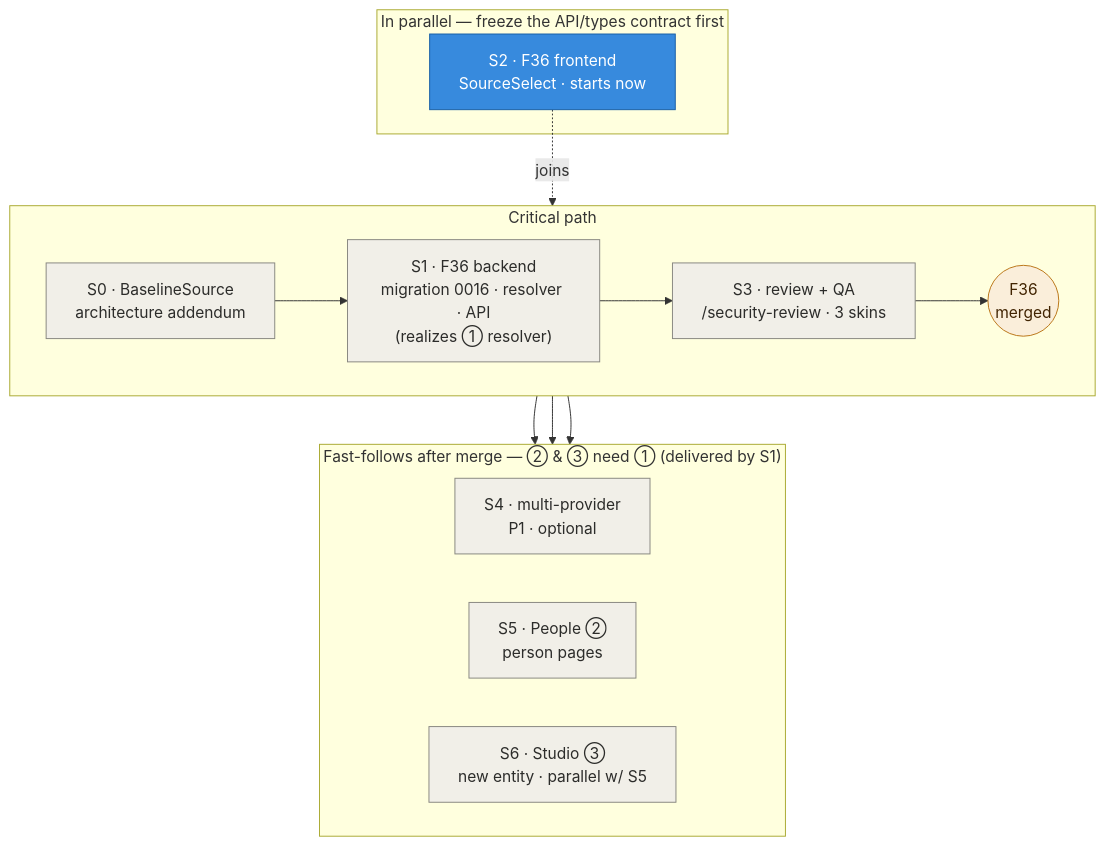
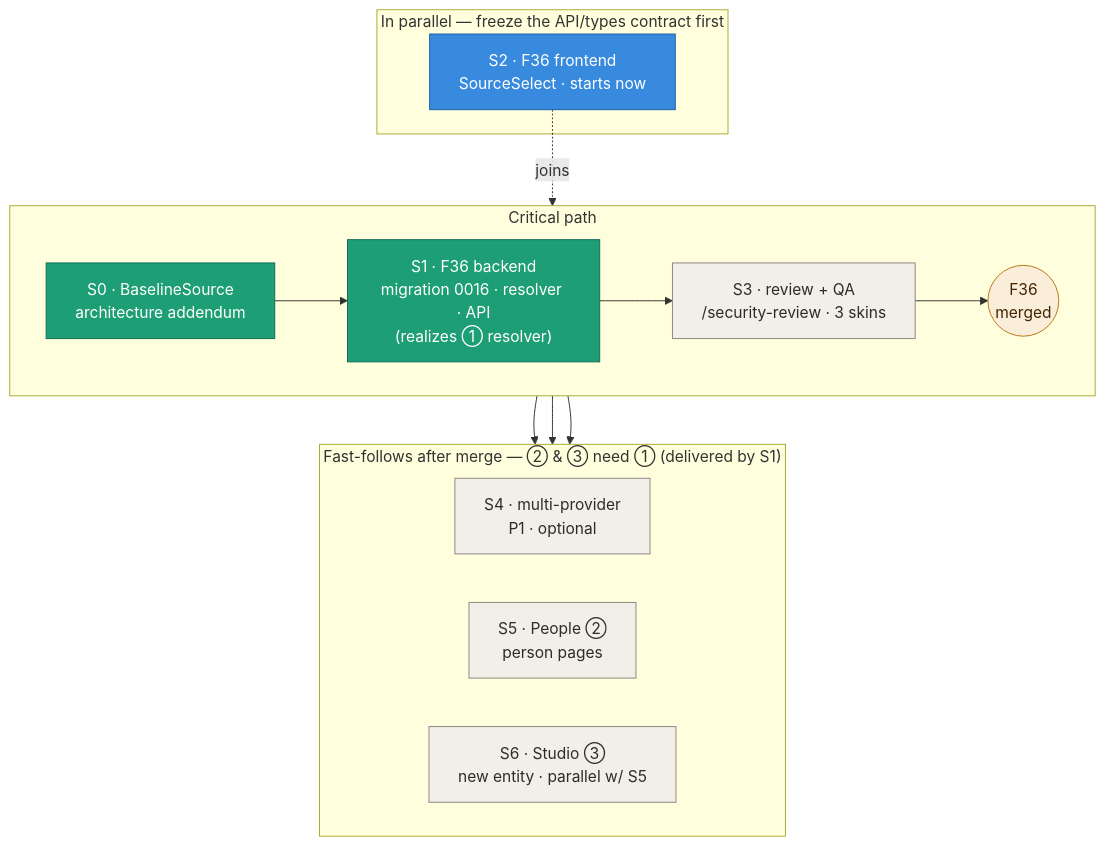
The diagram in docs/plans/field-source-of-truth-rollout.md (whoiskevinrich/holodex), drawn with Mermaid before and after one commit. The commit also changed other lines of this file, not shown here.

````diff
--- a/docs/plans/field-source-of-truth-rollout.md
+++ b/docs/plans/field-source-of-truth-rollout.md
@@ -12,31 +12,32 @@
 ```mermaid
 flowchart TB
   subgraph CP["Critical path"]
     direction LR
     S0["S0 · BaselineSource<br/>architecture addendum"] --> S1["S1 · F36 backend<br/>migration 0016 · resolver · API<br/>(realizes ① resolver)"]
     S1 --> S3["S3 · review + QA<br/>/security-review · 3 skins"]
     S3 --> M(("F36<br/>merged"))
   end
   subgraph PAR["In parallel — freeze the API/types contract first"]
     S2["S2 · F36 frontend<br/>SourceSelect · starts now"]
   end
   S2 -. joins .-> S3
   subgraph FF["Fast-follows after merge — ② &amp; ③ need ① (delivered by S1)"]
     direction LR
     S4["S4 · multi-provider<br/>P1 · optional"]
     S5["S5 · People ②<br/>person pages"]
     S6["S6 · Studio ③<br/>new entity · parallel w/ S5"]
   end
   M --> S4
   M --> S5
   M --> S6
 
   classDef done fill:#1d9e75,stroke:#0f6e56,color:#ffffff;
   classDef active fill:#378add,stroke:#185fa5,color:#ffffff;
   classDef pending fill:#f1efe8,stroke:#888780,color:#2c2c2a;
   classDef gate fill:#faeeda,stroke:#ba7517,color:#412402;
 
-  class S0,S1,S3,S4,S5,S6 pending;
+  class S3,S4,S5,S6 pending;
+  class S0,S1 done;
   class S2 active;
   class M gate;
 ```
````
